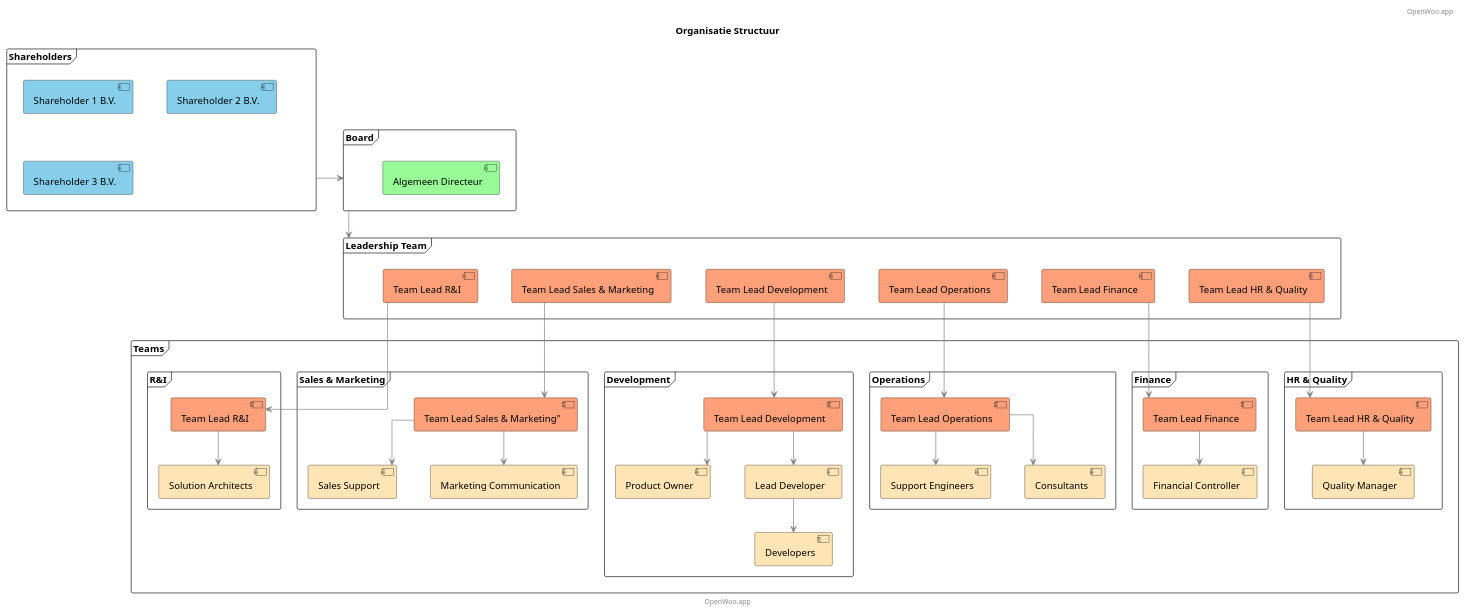
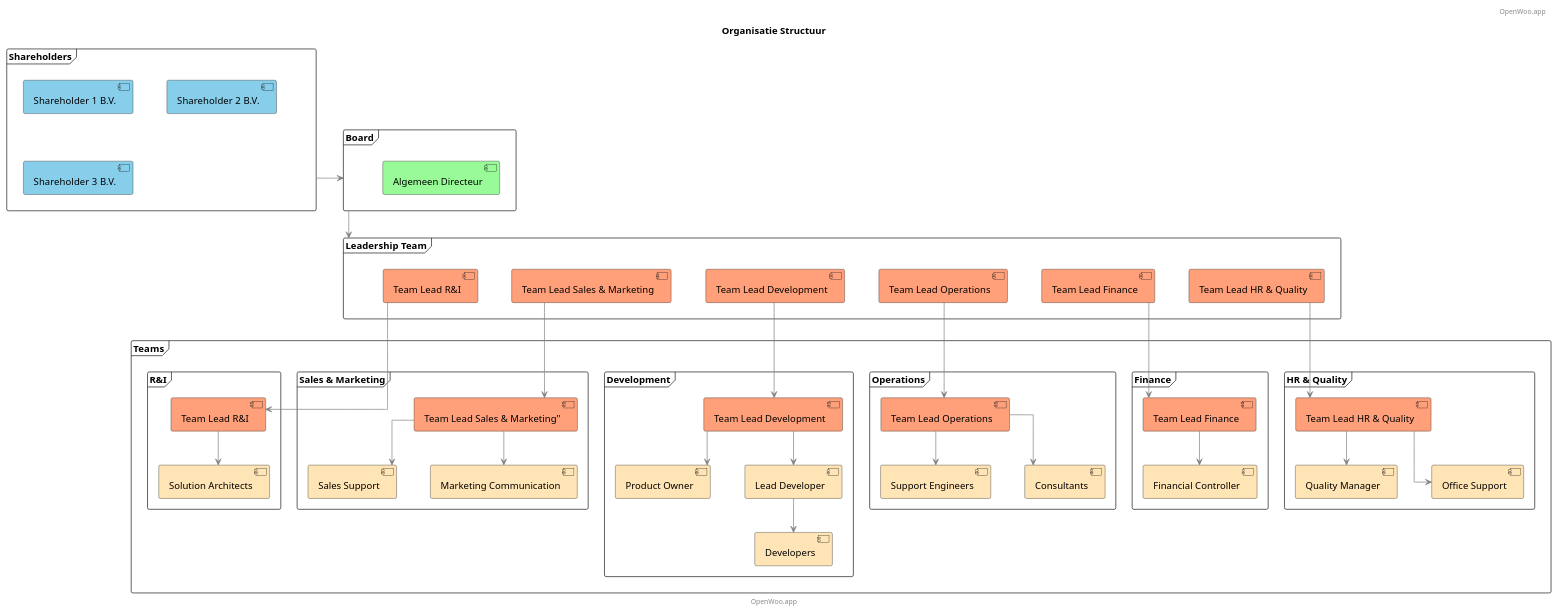
The diagram in docs/Diagrams/Organisation.puml (ConductionNL/conduction-website), drawn with PlantUML before and after one commit.

Commit message:
Add ofice support function

```diff
--- a/docs/Diagrams/Organisation.puml
+++ b/docs/Diagrams/Organisation.puml
@@ -1,109 +1,110 @@
 @startuml
 title Organisatie Structuur
 footer: OpenWoo.app
 header: OpenWoo.app
 
 skinparam defaultFontName Arial
 skinparam nodesep 50
 skinparam ranksep 50
 skinparam shadowing false
 skinparam linetype ortho
 
 ' Shareholders
 frame "Shareholders" {
     component "Shareholder 1 B.V." as SH1 #87CEEB
     component "Shareholder 2 B.V." as SH2 #87CEEB
     component "Shareholder 3 B.V." as SH3 #87CEEB
 }
 
 ' Board
 frame "Board" {
     component "Algemeen Directeur" as AD #98FB98
 }
 
 ' Leadership Team
 frame "Leadership Team" as LT {
     component "Team Lead HR & Quality" as TLHQ #FFA07A
     component "Team Lead Finance" as TLF #FFA07A
     component "Team Lead Operations" as TLO #FFA07A
     component "Team Lead Development" as TLD #FFA07A
     component "Team Lead Sales & Marketing" as TLSM #FFA07A
     component "Team Lead R&I" as TLRI #FFA07A
 }
 
 ' Teams
 frame "Teams" {
     ' HR & Quality Team
     frame "HR & Quality" {
         component "Team Lead HR & Quality" as HRL #FFA07A
         component "Quality Manager" as QM #FFE4B5
+        component "Office Support" as OS #FFE4B5
     }
 
     ' Finance Team
     frame "Finance" {
         component "Team Lead Finance" as FL #FFA07A
         component "Financial Controller" as FC #FFE4B5
     }
 
     ' Operations Team
     frame "Operations" {
         component "Team Lead Operations" as OL #FFA07A
         component "Support Engineers" as SE #FFE4B5
         component "Consultants" as CON #FFE4B5
     }
 
     ' Development Team
     frame "Development" {
         component "Team Lead Development" as DL #FFA07A
         component "Product Owner" as PO #FFE4B5
         component "Lead Developer" as LD #FFE4B5
         component "Developers" as DEV #FFE4B5
     }
 
     ' Sales & Marketing Team
     frame "Sales & Marketing" {
         component "Team Lead Sales & Marketing"" as CL #FFA07A
         component "Sales Support" as SS #FFE4B5
         component "Marketing Communication" as MC #FFE4B5
     }
 
     ' Research & Innovation Team
     frame "R&I" {
         component "Team Lead R&I" as RDL #FFA07A
         component "Solution Architects" as SA #FFE4B5
     }
 }
 
 ' Relationships
 Shareholders -[#gray]-> Board
 Board -[#gray]down-> LT
 
 ' HR & Quality relationships
 TLHQ -[#gray]down-> HRL
 HRL -[#gray]down-> QM
-
+HRL -[#gray]down-> OS
 ' Finance relationships
 TLF -[#gray]down-> FL
 FL -[#gray]down-> FC
 
 ' Operations relationships
 TLO -[#gray]down-> OL
 OL -[#gray]down-> SE
 OL -[#gray]down-> CON
 
 ' Development relationships
 TLD -[#gray]down-> DL
 DL -[#gray]down-> PO
 DL -[#gray]down-> LD
 LD -[#gray]down-> DEV
 
 ' Sales & Marketing relationships
 TLSM -[#gray]down-> CL
 CL -[#gray]down-> SS
 CL -[#gray]down-> MC
 
 ' R&I relationships
 TLRI -[#gray]down-> RDL
 RDL -[#gray]down-> SA
 
 @enduml
```
